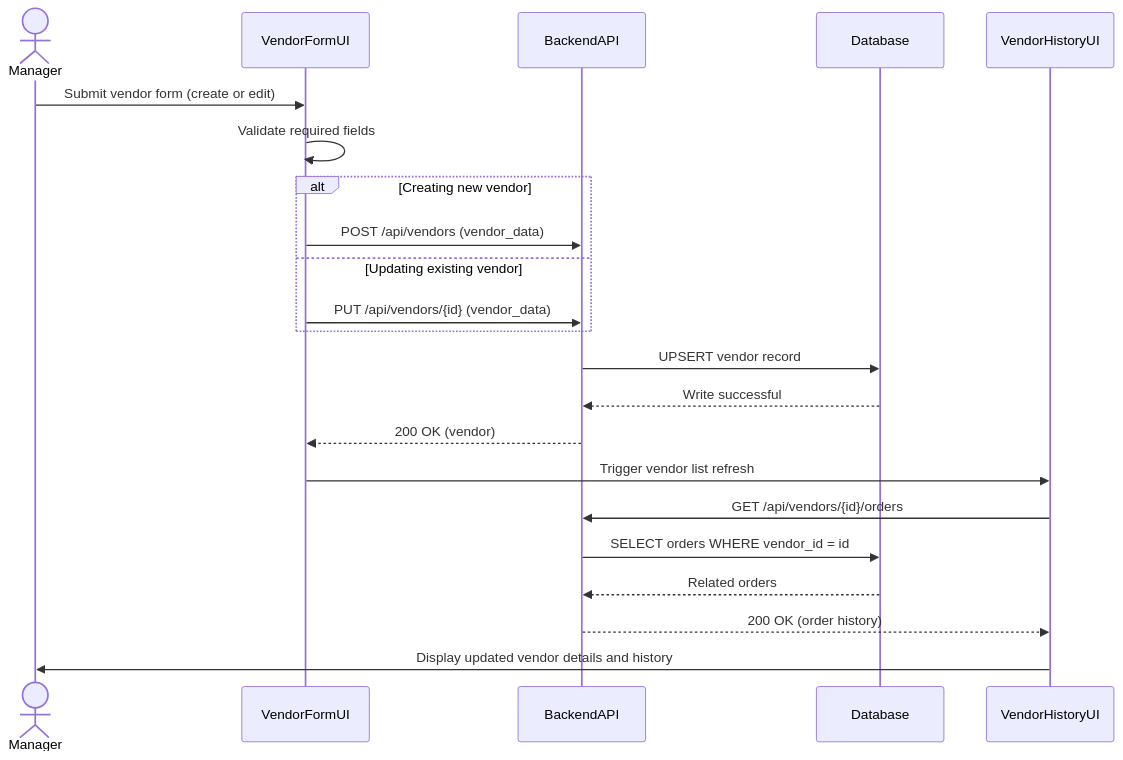
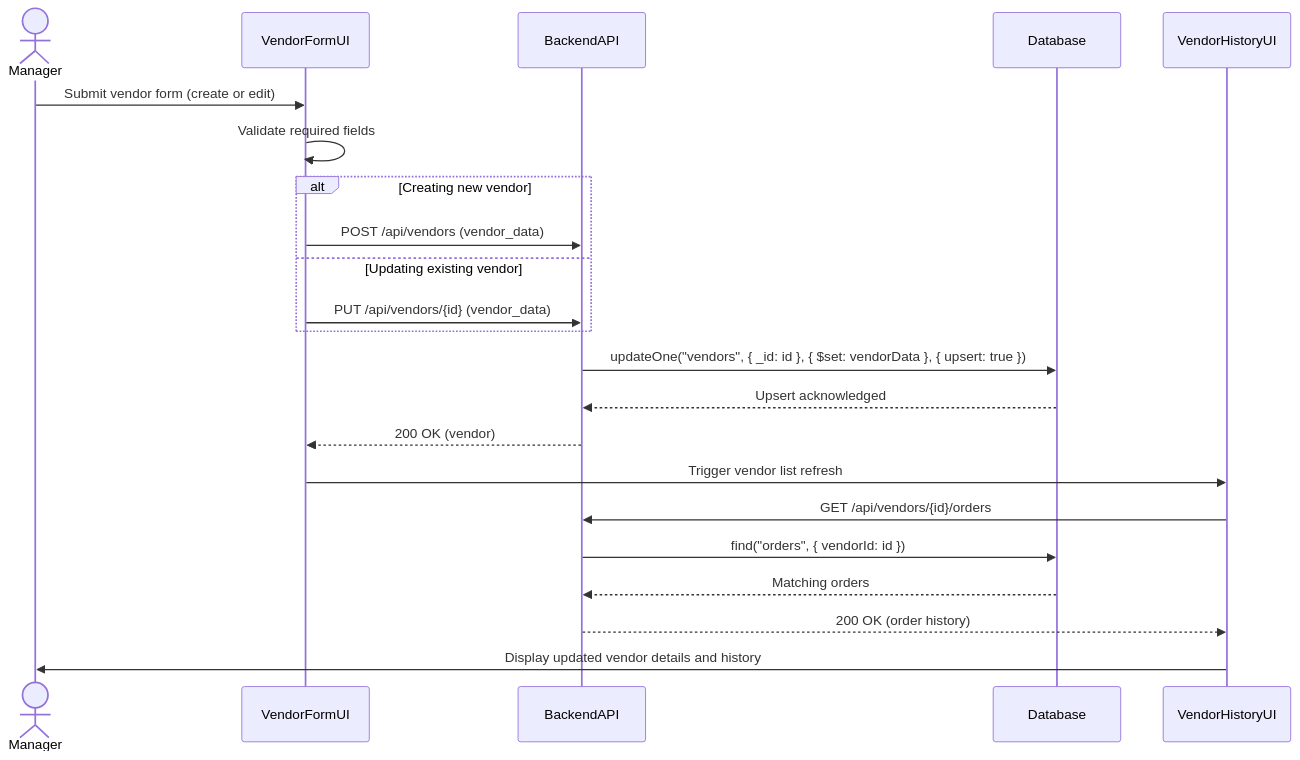
One commit to TheFelixGomez/cen5035-optiflow-frontend changed the fifth of 7 diagrams in docs/sequence-diagrams.md. Above: the diagram before and after it, drawn with Mermaid. The commit also changed other lines of this file, not shown here.

Commit message:
docs: align sequence diagrams with MongoDB operations

````diff
--- a/docs/sequence-diagrams.md
+++ b/docs/sequence-diagrams.md
@@ -101,25 +102,25 @@
 ```mermaid
 sequenceDiagram
     actor Manager
     participant VendorFormUI
     participant BackendAPI
     participant Database
     participant VendorHistoryUI
 
     Manager->>VendorFormUI: Submit vendor form (create or edit)
     VendorFormUI->>VendorFormUI: Validate required fields
     alt Creating new vendor
         VendorFormUI->>BackendAPI: POST /api/vendors (vendor_data)
     else Updating existing vendor
         VendorFormUI->>BackendAPI: PUT /api/vendors/{id} (vendor_data)
     end
-    BackendAPI->>Database: UPSERT vendor record
-    Database-->>BackendAPI: Write successful
+    BackendAPI->>Database: updateOne("vendors", { _id: id }, { $set: vendorData }, { upsert: true })
+    Database-->>BackendAPI: Upsert acknowledged
     BackendAPI-->>VendorFormUI: 200 OK (vendor)
     VendorFormUI->>VendorHistoryUI: Trigger vendor list refresh
     VendorHistoryUI->>BackendAPI: GET /api/vendors/{id}/orders
-    BackendAPI->>Database: SELECT orders WHERE vendor_id = id
-    Database-->>BackendAPI: Related orders
+    BackendAPI->>Database: find("orders", { vendorId: id })
+    Database-->>BackendAPI: Matching orders
     BackendAPI-->>VendorHistoryUI: 200 OK (order history)
     VendorHistoryUI->>Manager: Display updated vendor details and history
 ```
````
